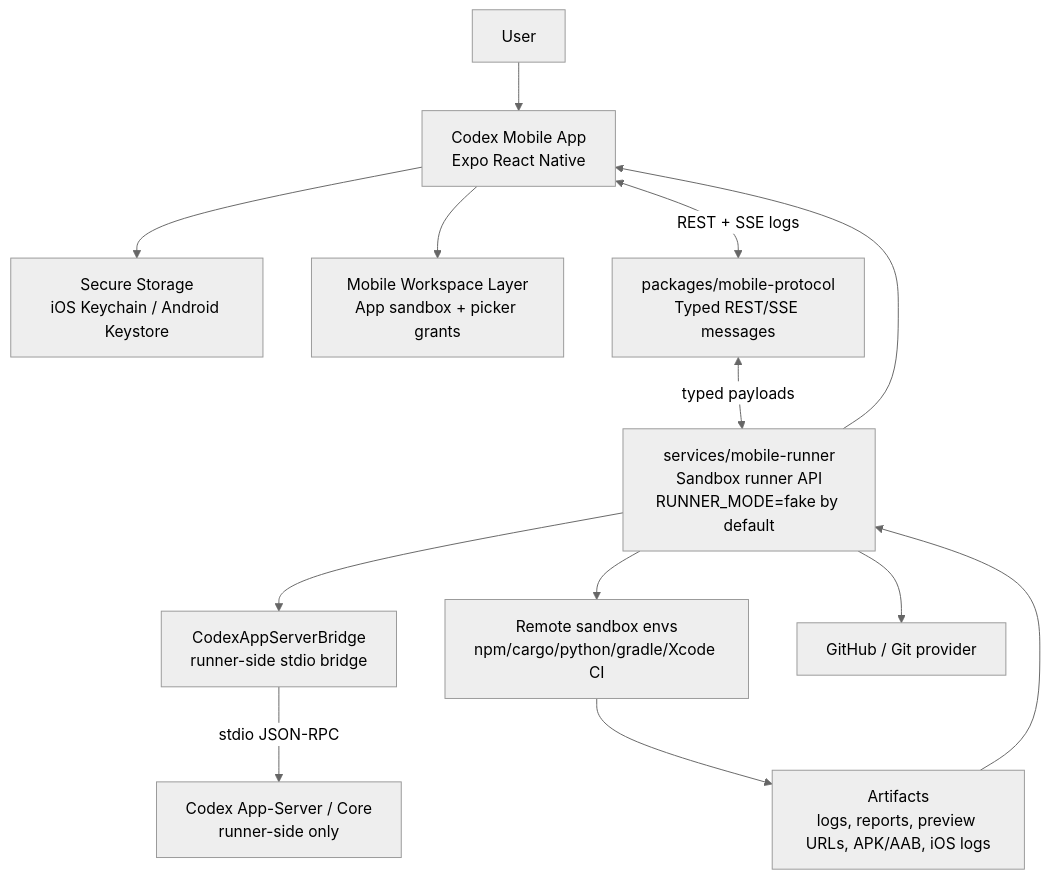
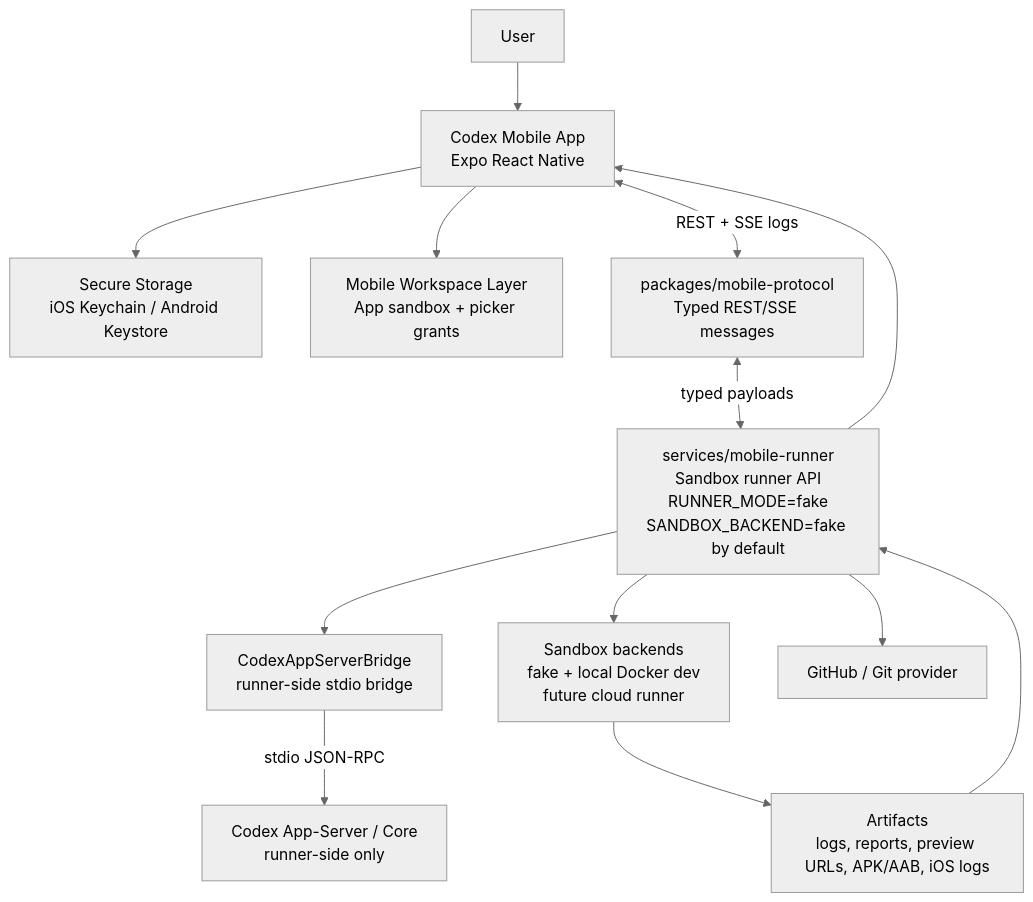
Before and after one commit to marmar9615-cloud/codex: the diagram in docs/mobile/mobile-app-roadmap.md, drawn with Mermaid (neutral theme). The commit also changed other lines of this file and 27 other files, not shown here.

Commit message:
Add mobile runner sandbox build backend

````diff
--- a/docs/mobile/mobile-app-roadmap.md
+++ b/docs/mobile/mobile-app-roadmap.md
@@ -55,27 +55,27 @@
 ```mermaid
 flowchart TB
     User["User"]
     Mobile["Codex Mobile App<br/>Expo React Native"]
     SecureStore["Secure Storage<br/>iOS Keychain / Android Keystore"]
     Workspace["Mobile Workspace Layer<br/>App sandbox + picker grants"]
     Protocol["packages/mobile-protocol<br/>Typed REST/SSE messages"]
-    Runner["services/mobile-runner<br/>Sandbox runner API<br/>RUNNER_MODE=fake by default"]
+    Runner["services/mobile-runner<br/>Sandbox runner API<br/>RUNNER_MODE=fake<br/>SANDBOX_BACKEND=fake by default"]
     Bridge["CodexAppServerBridge<br/>runner-side stdio bridge"]
     CodexHost["Codex App-Server / Core<br/>runner-side only"]
-    Sandbox["Remote sandbox envs<br/>npm/cargo/python/gradle/Xcode CI"]
+    Sandbox["Sandbox backends<br/>fake + local Docker dev<br/>future cloud runner"]
     GitHub["GitHub / Git provider"]
     Artifacts["Artifacts<br/>logs, reports, preview URLs, APK/AAB, iOS logs"]
 
     User --> Mobile
     Mobile --> SecureStore
     Mobile --> Workspace
     Mobile <-->|REST + SSE logs| Protocol
     Protocol <-->|typed payloads| Runner
     Runner --> Bridge
     Bridge -->|stdio JSON-RPC| CodexHost
     Runner --> Sandbox
     Runner --> GitHub
     Sandbox --> Artifacts
     Artifacts --> Runner
     Runner --> Mobile
 ```
````
